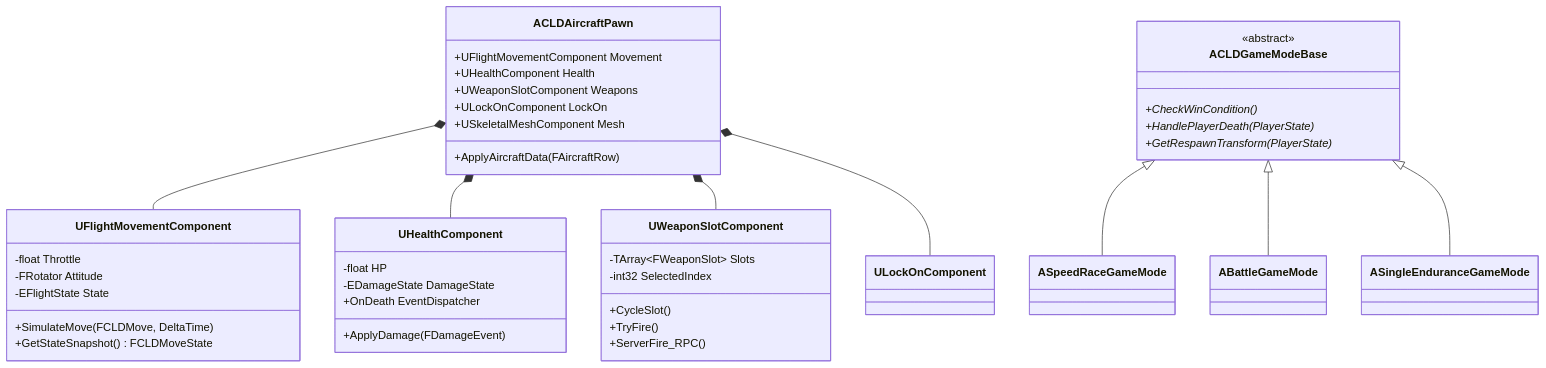
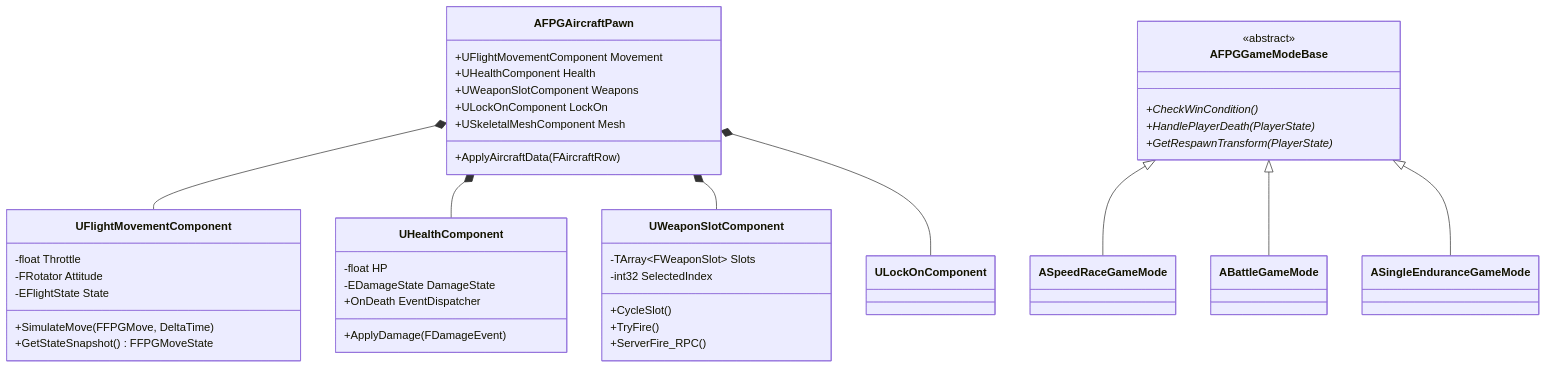
One commit to minkyu0617/ST_AIR_POG changed the second of 4 diagrams in docs/16_architecture.md. Above: the diagram before and after it, drawn with Mermaid. The commit also changed other lines of this file and 5 other files, not shown here.

````diff
--- a/docs/16_architecture.md
+++ b/docs/16_architecture.md
@@ -114,48 +122,48 @@
 ```mermaid
 classDiagram
-    class ACLDAircraftPawn {
+    class AFPGAircraftPawn {
         +UFlightMovementComponent Movement
         +UHealthComponent Health
         +UWeaponSlotComponent Weapons
         +ULockOnComponent LockOn
         +USkeletalMeshComponent Mesh
         +ApplyAircraftData(FAircraftRow)
     }
     class UFlightMovementComponent {
         -float Throttle
         -FRotator Attitude
         -EFlightState State
-        +SimulateMove(FCLDMove, DeltaTime)
-        +GetStateSnapshot() FCLDMoveState
+        +SimulateMove(FFPGMove, DeltaTime)
+        +GetStateSnapshot() FFPGMoveState
     }
     class UWeaponSlotComponent {
         -TArray~FWeaponSlot~ Slots
         -int32 SelectedIndex
         +CycleSlot()
         +TryFire()
         +ServerFire_RPC()
     }
     class UHealthComponent {
         -float HP
         -EDamageState DamageState
         +ApplyDamage(FDamageEvent)
         +OnDeath EventDispatcher
     }
-    class ACLDGameModeBase {
+    class AFPGGameModeBase {
         <<abstract>>
         +CheckWinCondition()*
         +HandlePlayerDeath(PlayerState)*
         +GetRespawnTransform(PlayerState)*
     }
     class ASpeedRaceGameMode
     class ABattleGameMode
     class ASingleEnduranceGameMode
 
-    ACLDAircraftPawn *-- UFlightMovementComponent
-    ACLDAircraftPawn *-- UHealthComponent
-    ACLDAircraftPawn *-- UWeaponSlotComponent
-    ACLDAircraftPawn *-- ULockOnComponent
-    ACLDGameModeBase <|-- ASpeedRaceGameMode
-    ACLDGameModeBase <|-- ABattleGameMode
-    ACLDGameModeBase <|-- ASingleEnduranceGameMode
+    AFPGAircraftPawn *-- UFlightMovementComponent
+    AFPGAircraftPawn *-- UHealthComponent
+    AFPGAircraftPawn *-- UWeaponSlotComponent
+    AFPGAircraftPawn *-- ULockOnComponent
+    AFPGGameModeBase <|-- ASpeedRaceGameMode
+    AFPGGameModeBase <|-- ABattleGameMode
+    AFPGGameModeBase <|-- ASingleEnduranceGameMode
 ```
````
